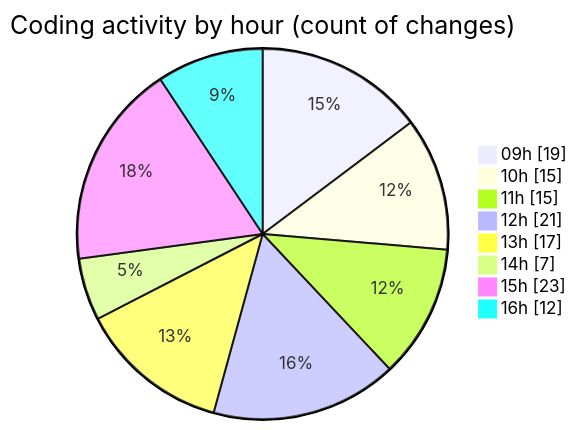
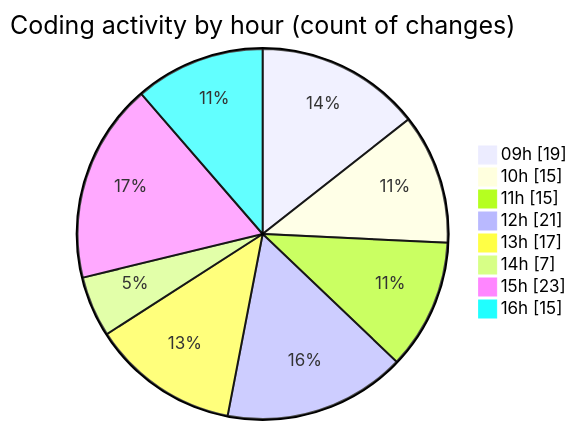
One commit to momahboobian/code-tracking changed the second of 2 diagrams in 2025-09-05/cda/README.md. Above: the diagram before and after it, drawn with Mermaid. The commit also changed other lines of this file and 1 other file, not shown here.

````diff
--- a/2025-09-05/cda/README.md
+++ b/2025-09-05/cda/README.md
@@ -35,12 +36,12 @@
 ```mermaid
 pie showData
 title Coding activity by hour (count of changes)
 "09h" : 19
 "10h" : 15
 "11h" : 15
 "12h" : 21
 "13h" : 17
 "14h" : 7
 "15h" : 23
-"16h" : 12
+"16h" : 15
 ```
````
